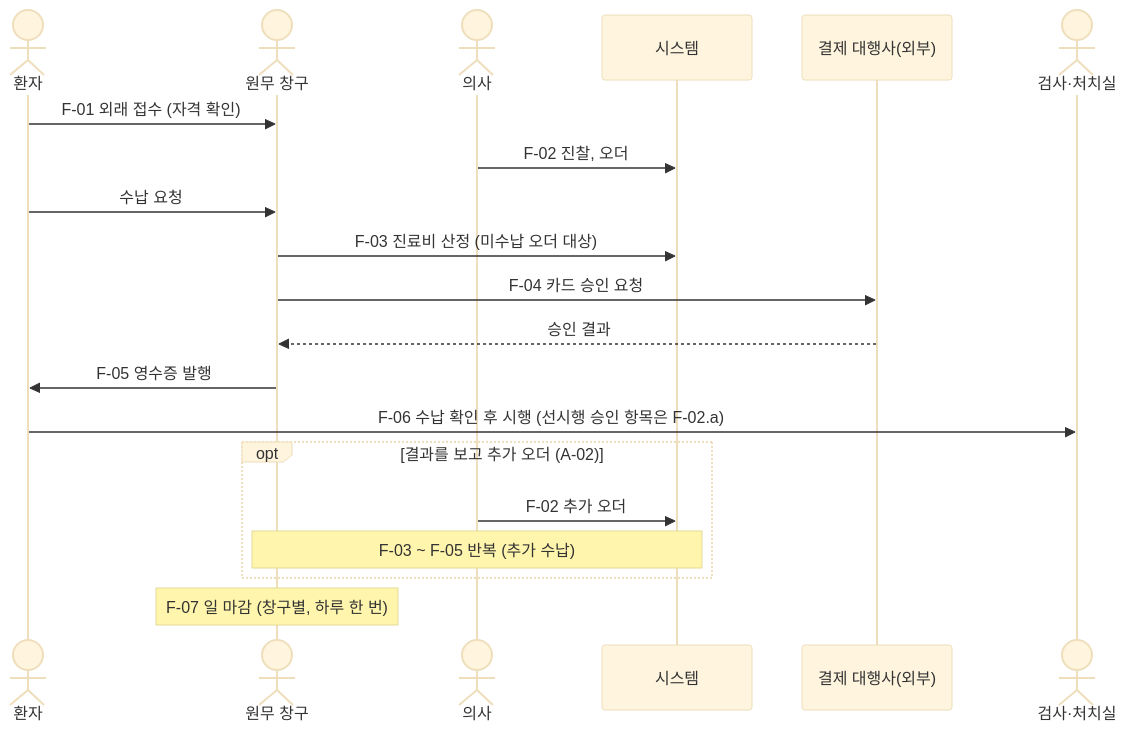
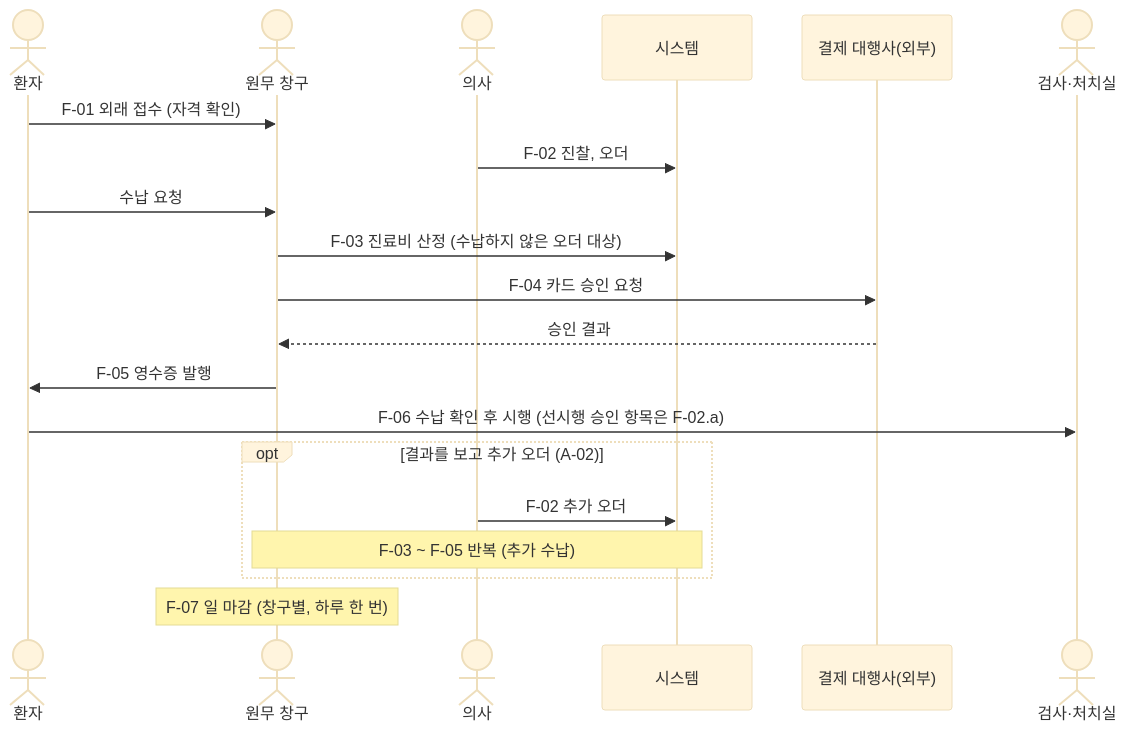
Before and after one commit to ITSTIME1/hts-emr: the first of 6 diagrams in docs/domain/01-flow.md, drawn with Mermaid (base theme). The commit also changed other lines of this file, not shown here.

Commit message:
docs : 외래 수납 업무 흐름 보완(현재 수납액 기준 환불, 미수납 정의 축소, 수납 전 오더 취소 추가)

````diff
--- a/docs/domain/01-flow.md
+++ b/docs/domain/01-flow.md
@@ -44,23 +45,23 @@
 ```mermaid
 sequenceDiagram
     actor 환자
     actor 원무 as 원무 창구
     actor 의사
     participant 시스템
     participant 대행사 as 결제 대행사(외부)
     actor 검사실 as 검사·처치실
 
     환자->>원무: F-01 외래 접수 (자격 확인)
     의사->>시스템: F-02 진찰, 오더
     환자->>원무: 수납 요청
-    원무->>시스템: F-03 진료비 산정 (미수납 오더 대상)
+    원무->>시스템: F-03 진료비 산정 (수납하지 않은 오더 대상)
     원무->>대행사: F-04 카드 승인 요청
     대행사-->>원무: 승인 결과
     원무->>환자: F-05 영수증 발행
     환자->>검사실: F-06 수납 확인 후 시행 (선시행 승인 항목은 F-02.a)
     opt 결과를 보고 추가 오더 (A-02)
         의사->>시스템: F-02 추가 오더
         Note over 원무,시스템: F-03 ~ F-05 반복 (추가 수납)
     end
     Note over 원무: F-07 일 마감 (창구별, 하루 한 번)
 ```
````
